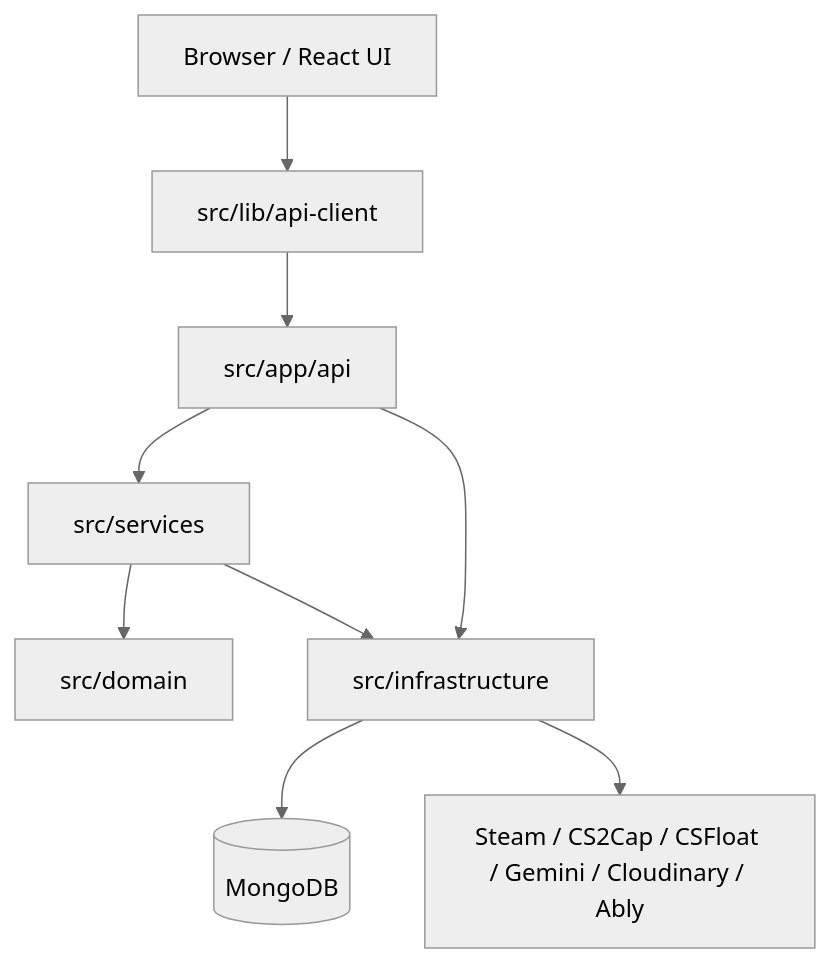
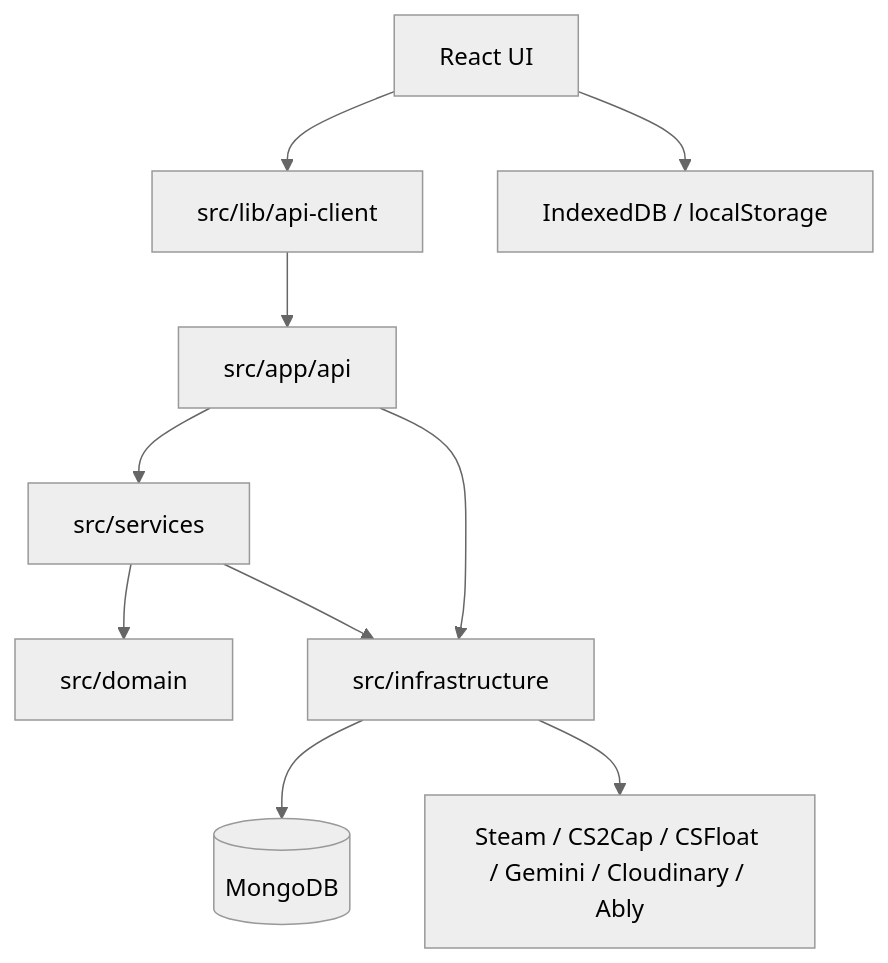
The first of 3 diagrams in docs/ARCHITECTURE.md (fumodayo/cs2-tracking), drawn with Mermaid (neutral theme) before and after one commit. The commit also changed other lines of this file and 3 other files, not shown here.

First line of the commit message:
docs: revise project documentation to reflect current architecture

````diff
--- a/docs/ARCHITECTURE.md
+++ b/docs/ARCHITECTURE.md
@@ -18,11 +9,12 @@
 ```mermaid
 flowchart TD
-    Browser["Browser / React UI"] --> ClientApi["src/lib/api-client"]
+    Browser["React UI"] --> ClientApi["src/lib/api-client"]
+    Browser --> BrowserStorage["IndexedDB / localStorage"]
     ClientApi --> ApiRoutes["src/app/api"]
     ApiRoutes --> Services["src/services"]
     Services --> Domain["src/domain"]
     Services --> Infrastructure["src/infrastructure"]
-    Infrastructure --> Mongo[("MongoDB")]
+    ApiRoutes --> Infrastructure
+    Infrastructure --> Mongo[(MongoDB)]
     Infrastructure --> External["Steam / CS2Cap / CSFloat / Gemini / Cloudinary / Ably"]
-    ApiRoutes --> Infrastructure
 ```
````
